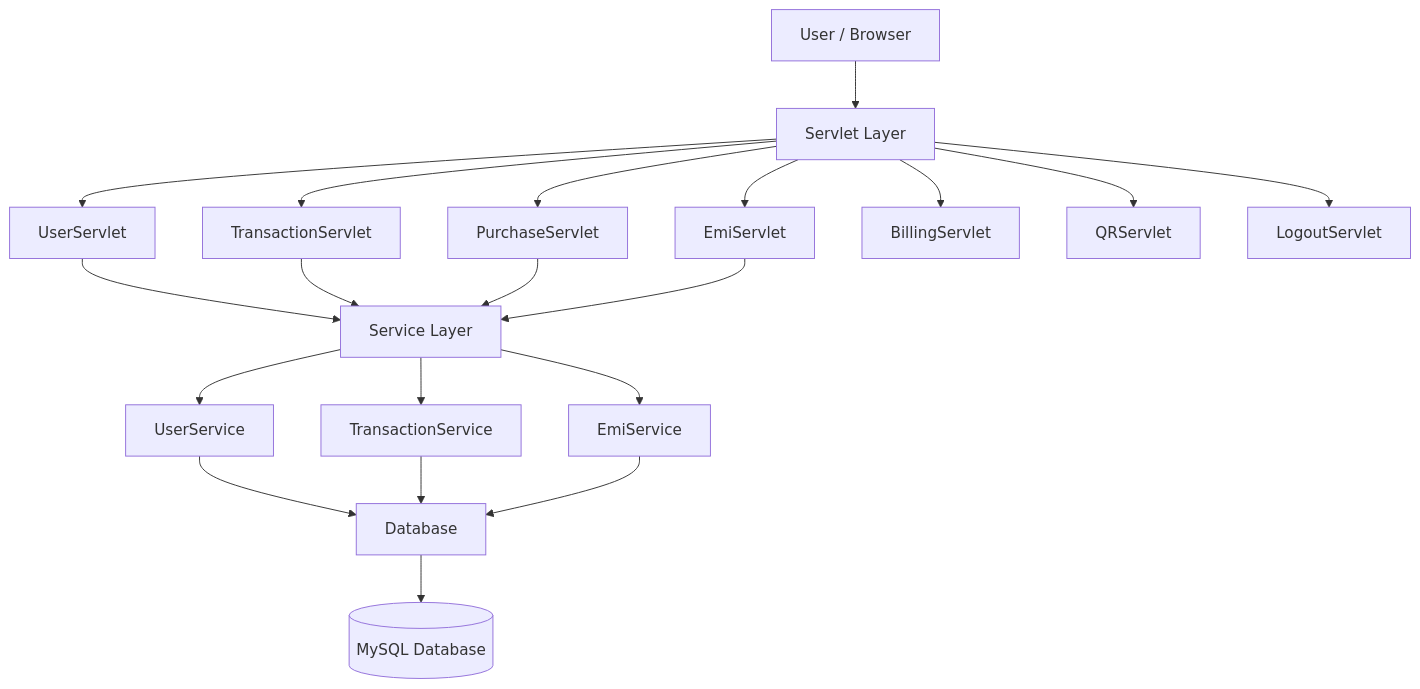
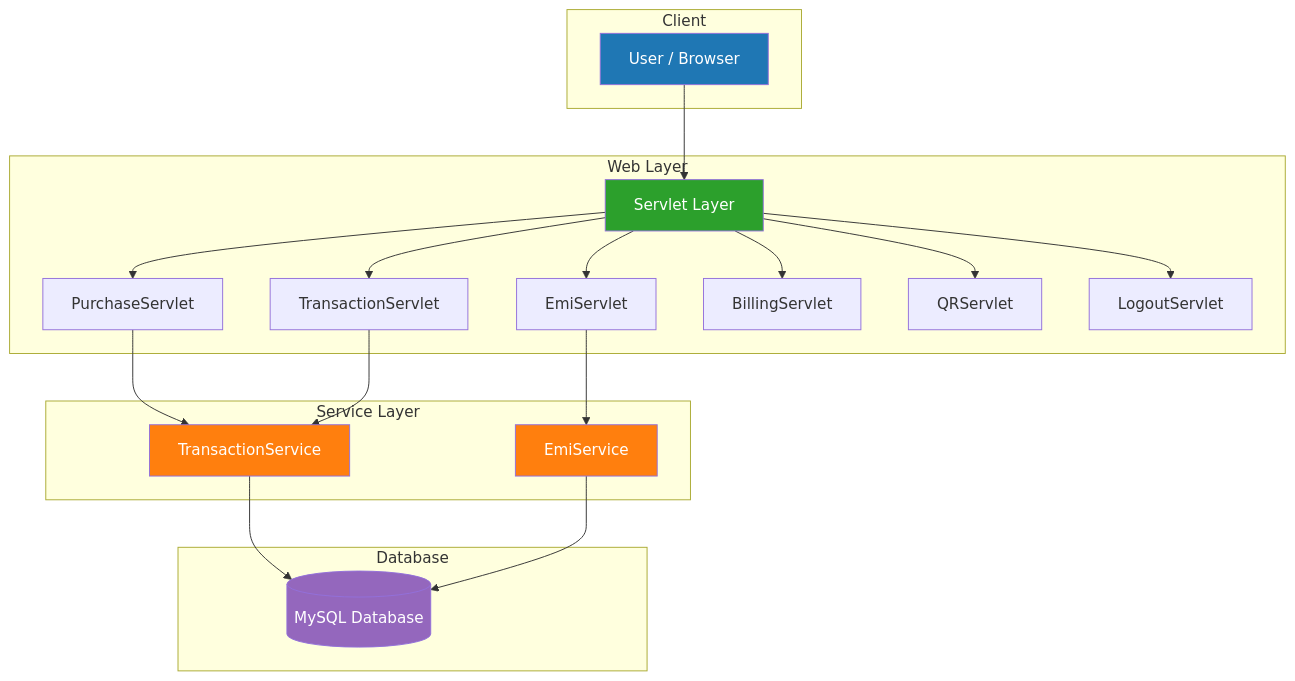
One commit to gowtham2803/Credit_Card_Management_System changed the first of 3 diagrams in Mermaid.md. Above: the diagram before and after it, drawn with Mermaid. The commit also changed other lines of this file, not shown here.

Commit message:
Improve modern design mermaid diagram.

````diff
--- a/Mermaid.md
+++ b/Mermaid.md
@@ -3,28 +3,50 @@
 ```mermaid
 graph TD
 
-A[User / Browser] --> B[Servlet Layer]
+%% Layers
+subgraph Client
+A[User / Browser]
+end
 
-B --> C1[UserServlet]
-B --> C2[TransactionServlet]
-B --> C3[PurchaseServlet]
-B --> C4[EmiServlet]
-B --> C5[BillingServlet]
-B --> C6[QRServlet]
-B --> C7[LogoutServlet]
+subgraph Web Layer
+B[Servlet Layer]
+C1[PurchaseServlet]
+C2[TransactionServlet]
+C3[EmiServlet]
+C4[BillingServlet]
+C5[QRServlet]
+C6[LogoutServlet]
+end
 
-C1 --> D[Service Layer]
-C2 --> D
-C3 --> D
-C4 --> D
+subgraph Service Layer
+D1[TransactionService]
+D2[EmiService]
+end
 
-D --> E1[UserService]
-D --> E2[TransactionService]
-D --> E3[EmiService]
+subgraph Database
+E[(MySQL Database)]
+end
 
-E1 --> F[Database]
-E2 --> F
-E3 --> F
+%% Flow
+A --> B
+B --> C1
+B --> C2
+B --> C3
+B --> C4
+B --> C5
+B --> C6
 
-F --> G[(MySQL Database)]
+C1 --> D1
+C2 --> D1
+C3 --> D2
+
+D1 --> E
+D2 --> E
+
+%% Styling
+style A fill:#1f77b4,color:#fff
+style B fill:#2ca02c,color:#fff
+style D1 fill:#ff7f0e,color:#fff
+style D2 fill:#ff7f0e,color:#fff
+style E fill:#9467bd,color:#fff
 ```
````
